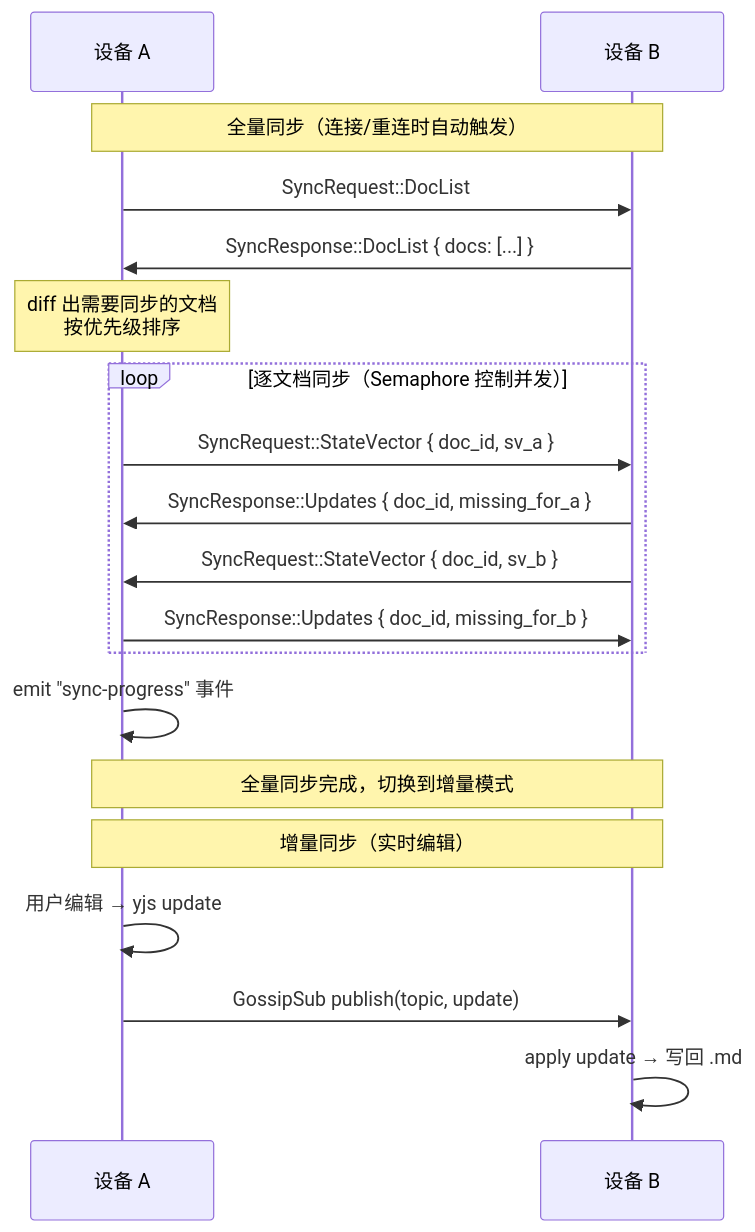
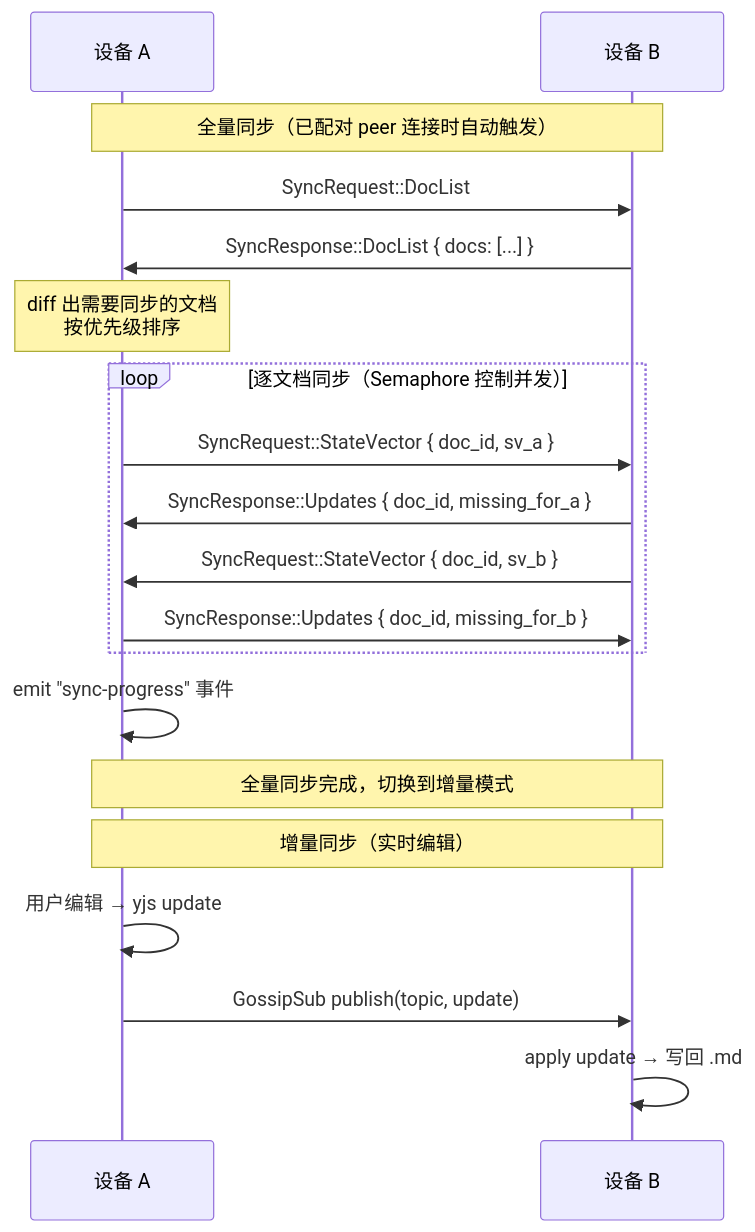
The diagram in milestones/v0.2.0/features/crdt-sync.md (yexiyue/SwarmNote), drawn with Mermaid before and after one commit. The commit also changed other lines of this file and 2 other files, not shown here.

First line of the commit message:
docs(sync): add CRDT sync architecture and asset sync design documents

````diff
--- a/milestones/v0.2.0/features/crdt-sync.md
+++ b/milestones/v0.2.0/features/crdt-sync.md
@@ -36,28 +183,28 @@
 ```mermaid
 sequenceDiagram
     participant A as 设备 A
     participant B as 设备 B
 
-    Note over A,B: 全量同步（连接/重连时自动触发）
+    Note over A,B: 全量同步（已配对 peer 连接时自动触发）
 
     A->>B: SyncRequest::DocList
     B->>A: SyncResponse::DocList { docs: [...] }
 
     Note over A: diff 出需要同步的文档<br/>按优先级排序
 
     loop 逐文档同步（Semaphore 控制并发）
         A->>B: SyncRequest::StateVector { doc_id, sv_a }
         B->>A: SyncResponse::Updates { doc_id, missing_for_a }
         B->>A: SyncRequest::StateVector { doc_id, sv_b }
         A->>B: SyncResponse::Updates { doc_id, missing_for_b }
     end
 
     A->>A: emit "sync-progress" 事件
     Note over A,B: 全量同步完成，切换到增量模式
 
     Note over A,B: 增量同步（实时编辑）
 
     A->>A: 用户编辑 → yjs update
     A->>B: GossipSub publish(topic, update)
     B->>B: apply update → 写回 .md
 ```
````
